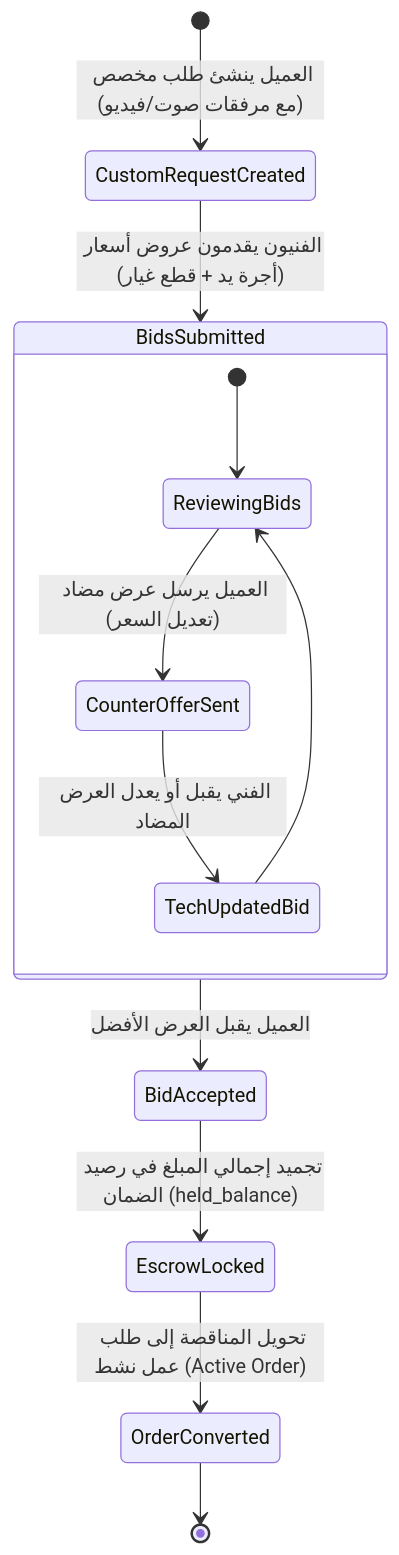
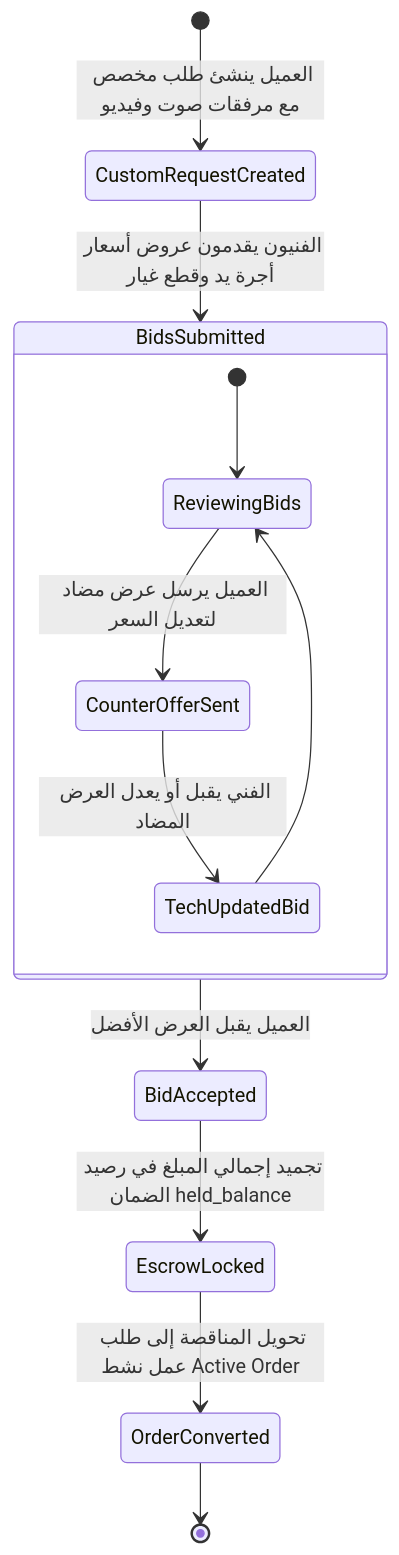
Before and after one commit to sharefYou/ifix_pro: the third of 4 diagrams in README.md, drawn with Mermaid. The commit also changed other lines of this file, not shown here.

````diff
--- a/README.md
+++ b/README.md
@@ -161,17 +161,17 @@
 ```mermaid
 stateDiagram-v2
-    [*] --> CustomRequestCreated: العميل ينشئ طلب مخصص (مع مرفقات صوت/فيديو)
-    CustomRequestCreated --> BidsSubmitted: الفنيون يقدمون عروض أسعار (أجرة يد + قطع غيار)
+    [*] --> CustomRequestCreated: العميل ينشئ طلب مخصص مع مرفقات صوت وفيديو
+    CustomRequestCreated --> BidsSubmitted: الفنيون يقدمون عروض أسعار أجرة يد وقطع غيار
     
     state BidsSubmitted {
         [*] --> ReviewingBids
-        ReviewingBids --> CounterOfferSent: العميل يرسل عرض مضاد (تعديل السعر)
+        ReviewingBids --> CounterOfferSent: العميل يرسل عرض مضاد لتعديل السعر
         CounterOfferSent --> TechUpdatedBid: الفني يقبل أو يعدل العرض المضاد
         TechUpdatedBid --> ReviewingBids
     }
 
     BidsSubmitted --> BidAccepted: العميل يقبل العرض الأفضل
-    BidAccepted --> EscrowLocked: تجميد إجمالي المبلغ في رصيد الضمان (held_balance)
-    EscrowLocked --> OrderConverted: تحويل المناقصة إلى طلب عمل نشط (Active Order)
+    BidAccepted --> EscrowLocked: تجميد إجمالي المبلغ في رصيد الضمان held_balance
+    EscrowLocked --> OrderConverted: تحويل المناقصة إلى طلب عمل نشط Active Order
     OrderConverted --> [*]
 ```
````
